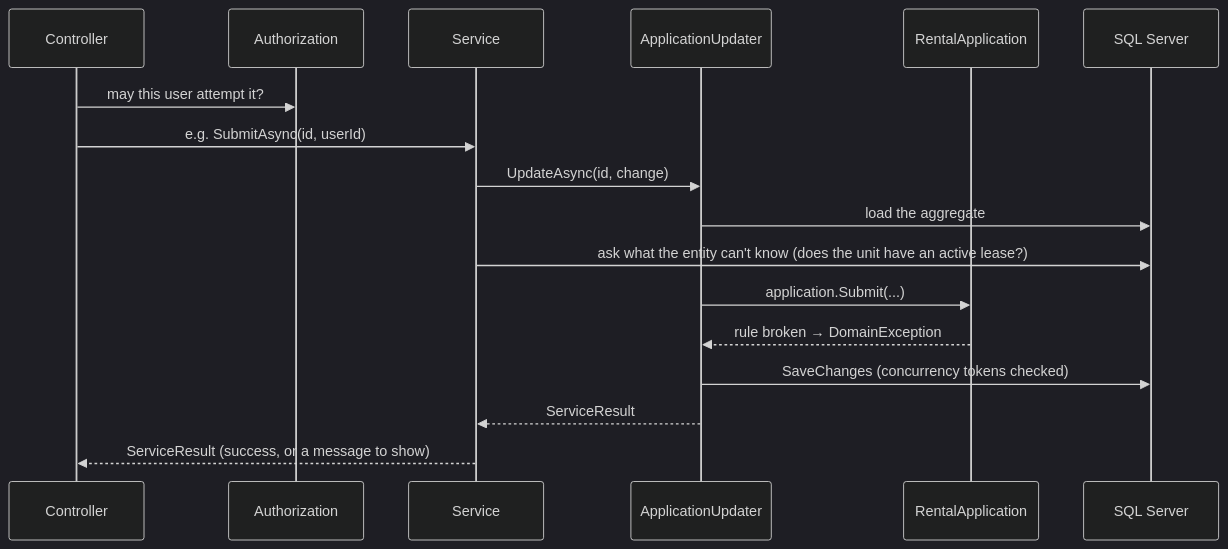
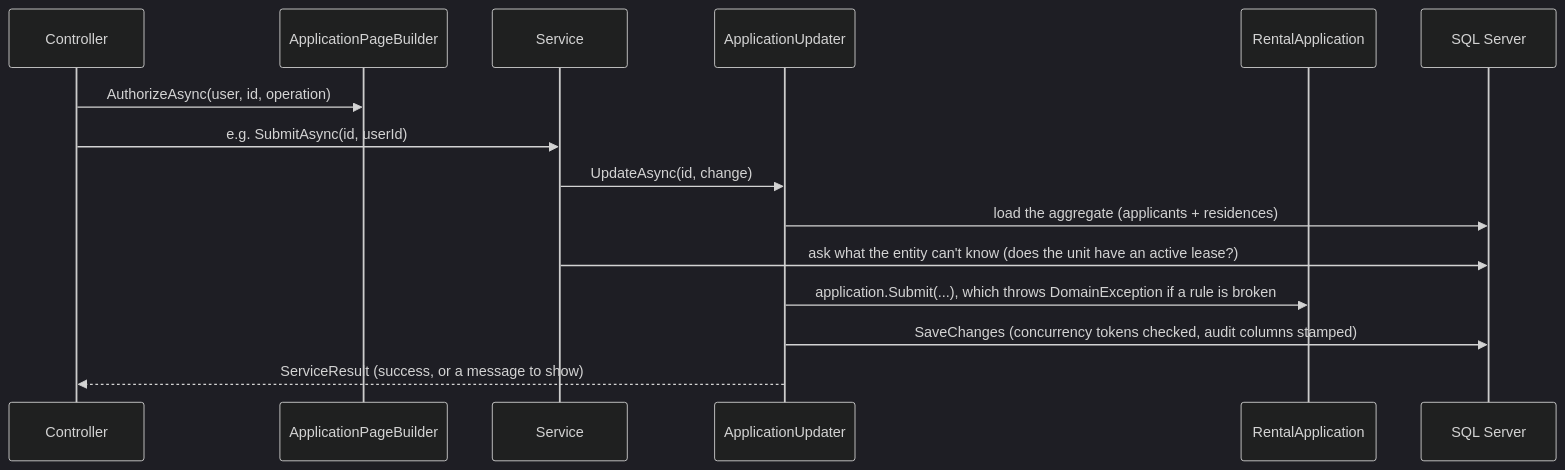
One commit to Cevans555/PropertyManagementCompany changed the second of 2 diagrams in docs/architecture.md. Above: the diagram before and after it, drawn with Mermaid (dark theme). The commit also changed other lines of this file and 19 other files, not shown here.

````diff
--- a/docs/architecture.md
+++ b/docs/architecture.md
@@ -30,19 +57,17 @@
 ```mermaid
 sequenceDiagram
     participant C as Controller
-    participant A as Authorization
+    participant B as ApplicationPageBuilder
     participant S as Service
     participant U as ApplicationUpdater
     participant E as RentalApplication
     participant DB as SQL Server
-    C->>A: may this user attempt it?
+    C->>B: AuthorizeAsync(user, id, operation)
     C->>S: e.g. SubmitAsync(id, userId)
     S->>U: UpdateAsync(id, change)
-    U->>DB: load the aggregate
+    U->>DB: load the aggregate (applicants + residences)
     S->>DB: ask what the entity can't know (does the unit have an active lease?)
-    U->>E: application.Submit(...)
-    E-->>U: rule broken → DomainException
-    U->>DB: SaveChanges (concurrency tokens checked)
-    U-->>S: ServiceResult
-    S-->>C: ServiceResult (success, or a message to show)
+    U->>E: application.Submit(...), which throws DomainException if a rule is broken
+    U->>DB: SaveChanges (concurrency tokens checked, audit columns stamped)
+    U-->>C: ServiceResult (success, or a message to show)
 ```
````
